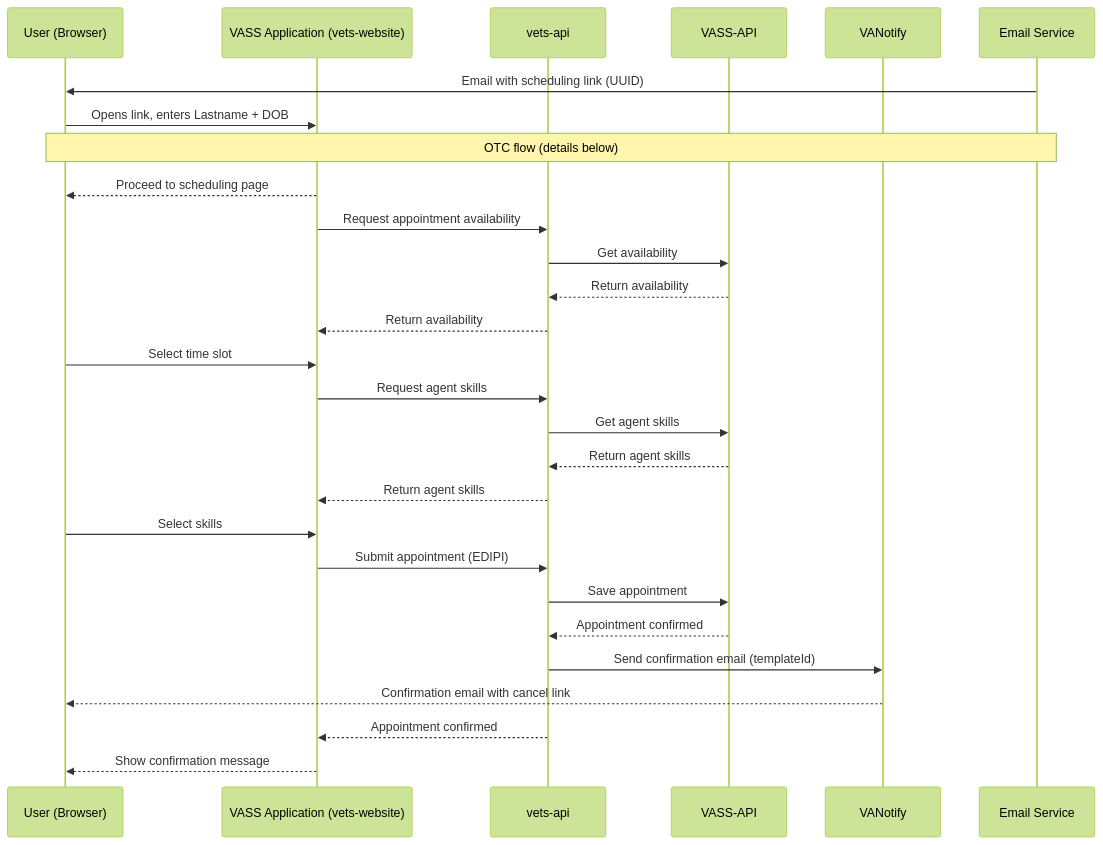
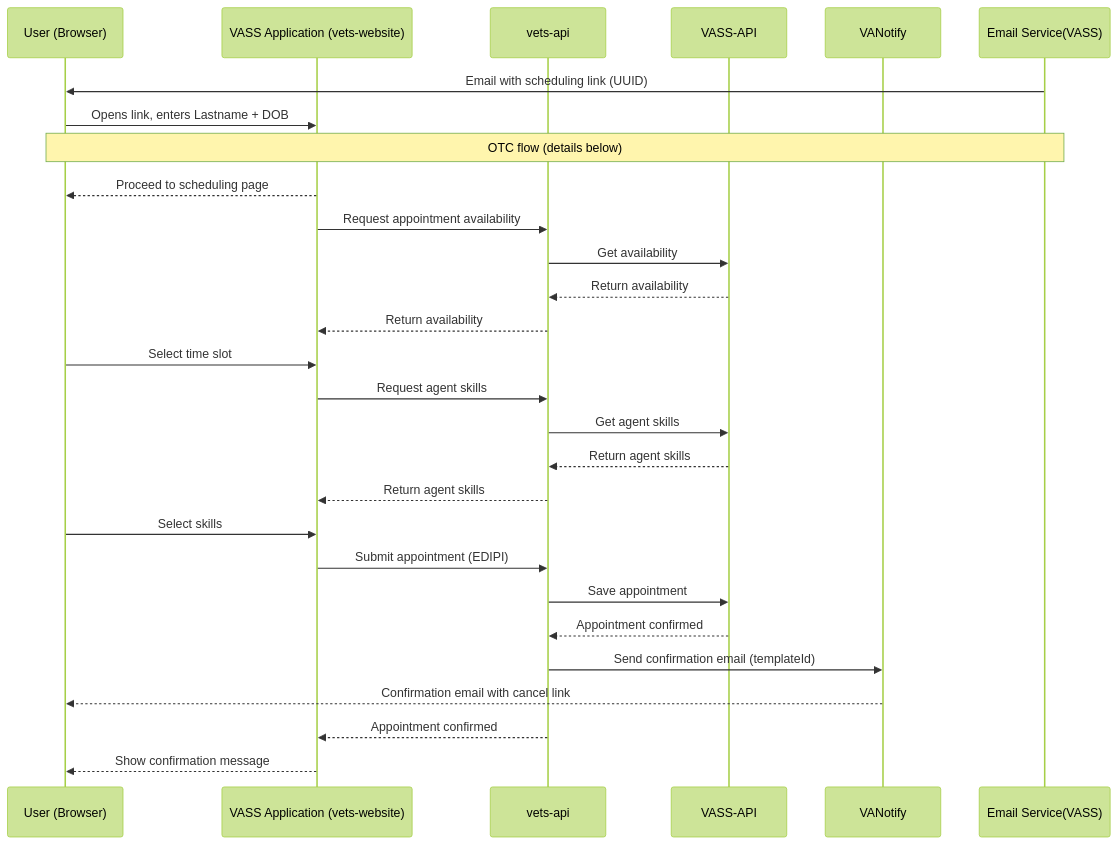
One commit to department-of-veterans-affairs/va.gov-team changed the first of 3 diagrams in products/health-care/appointments/va-online-scheduling/initiatives/solid-start-scheduling/engineering/sequence-diagrams/otc-flow.md. Above: the diagram before and after it, drawn with Mermaid (forest theme). The commit also changed other lines of this file, not shown here.

````diff
--- a/products/health-care/appointments/va-online-scheduling/initiatives/solid-start-scheduling/engineering/sequence-diagrams/otc-flow.md
+++ b/products/health-care/appointments/va-online-scheduling/initiatives/solid-start-scheduling/engineering/sequence-diagrams/otc-flow.md
@@ -3,42 +3,42 @@
 ``` mermaid
 sequenceDiagram
     participant U as User (Browser)
     participant F as VASS Application (vets-website)
     participant V as vets-api
     participant S as VASS-API
     participant N as VANotify
-    participant E as Email Service
+    participant E as Email Service(VASS)
 
     %% Step 1: Email Invitation
     E->>U: Email with scheduling link (UUID)
 
     %% Step 2: User validates identity
     U->>F: Opens link, enters Lastname + DOB
     Note over U,E: OTC flow (details below)
     F-->>U: Proceed to scheduling page
 
     
     %% Step 3: Select date time
     F->>V: Request appointment availability
     V->>S: Get availability
     S-->>V: Return availability
     V-->>F: Return availability
     U->>F: Select time slot
 
     %% Step 4: Scheduling Flow
     F->>V: Request agent skills
     V->>S: Get agent skills
     S-->>V: Return agent skills
     V-->>F: Return agent skills
     U->>F: Select skills
 
     %% Step 6: Confirm Appointment
     F->>V: Submit appointment (EDIPI)
     V->>S: Save appointment
     S-->>V: Appointment confirmed
     V->>N: Send confirmation email (templateId)
     N-->>U: Confirmation email with cancel link
     V-->>F: Appointment confirmed
     F-->>U: Show confirmation message
 
 ```
````
